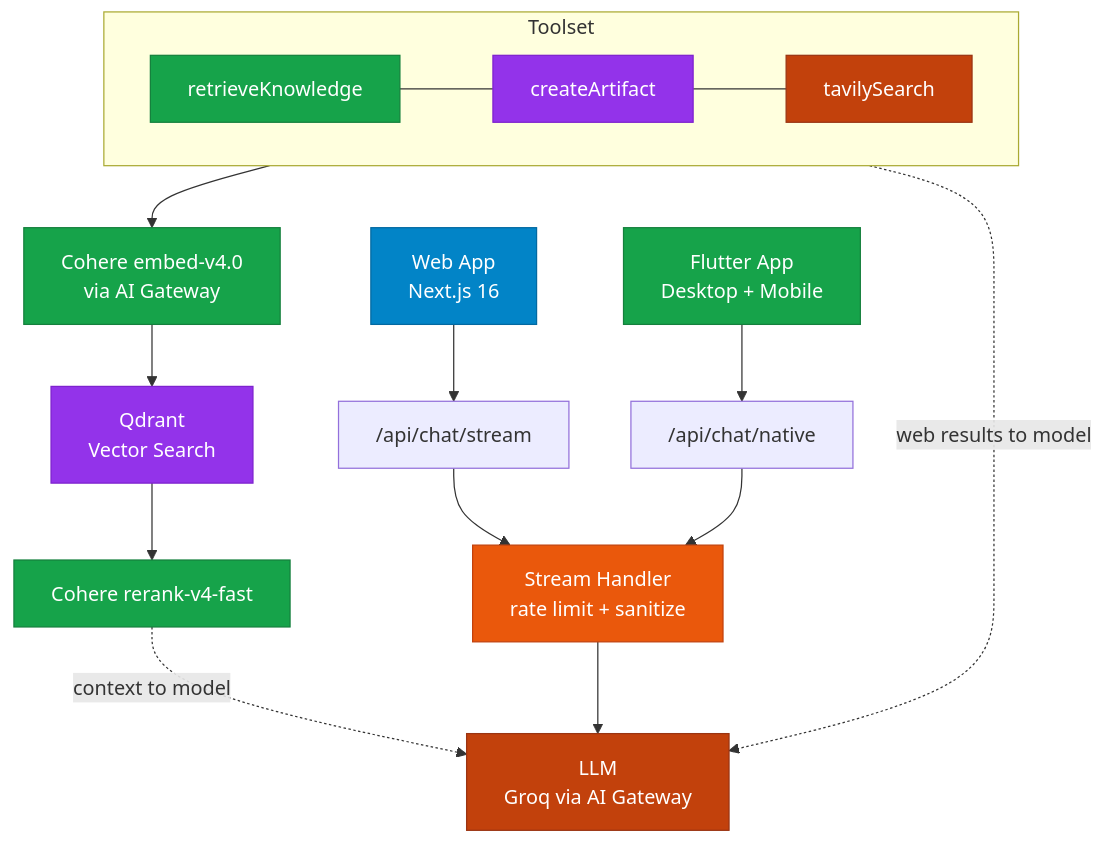
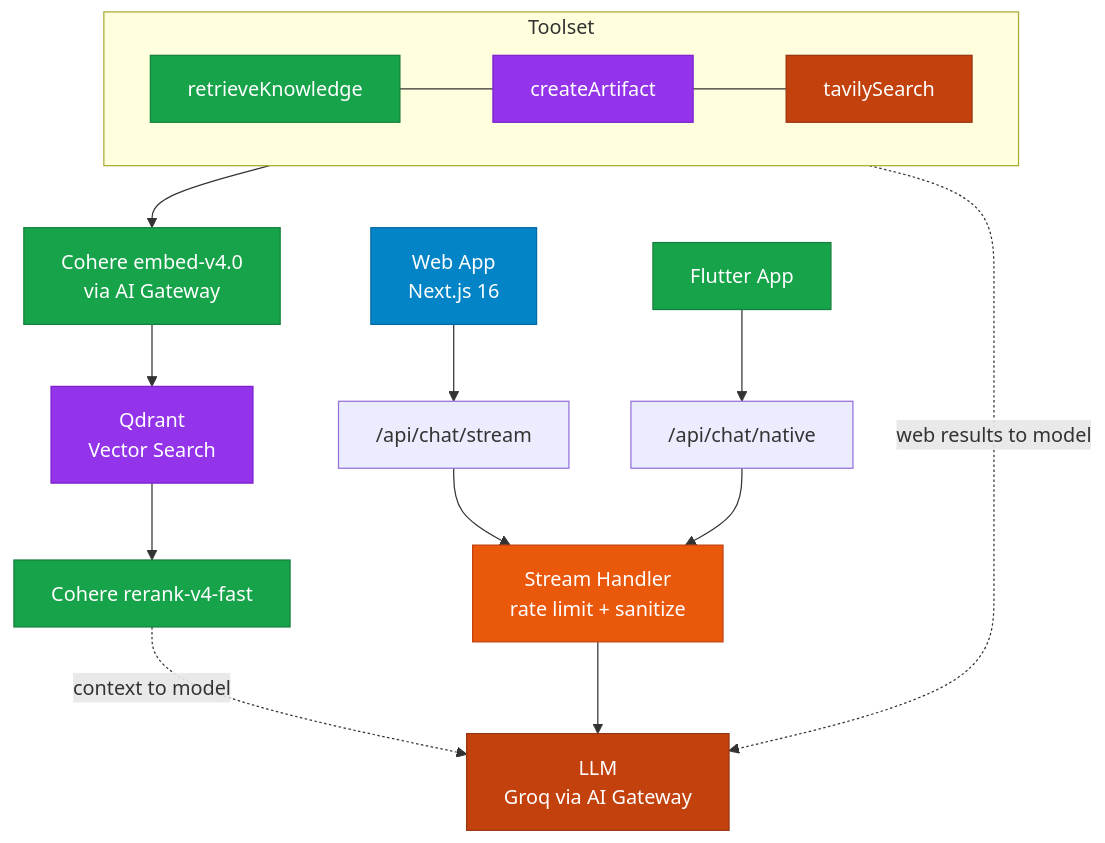
One commit to kabeer11000/otherdev.web-02 changed the diagram in README.md. Above: the diagram before and after it, drawn with Mermaid. The commit also changed other lines of this file, not shown here.

First line of the commit message:
docs: update README to reference Flutter app at external repo

````diff
--- a/README.md
+++ b/README.md
@@ -15,48 +15,48 @@
 ```mermaid
 graph TB
     %% ── Clients ──────────────────────────────────────────────────────────────
     Web[Web App<br/>Next.js 16]
-    Flutter[Flutter App<br/>Desktop + Mobile]
+    Flutter[Flutter App<br/><https://github.com/ossaidqadri/otherdev-flutter>]
 
     %% ── API Layer ─────────────────────────────────────────────────────────────
     APIStream["/api/chat/stream"]
     APINative["/api/chat/native"]
 
     %% ── Stream Handler ────────────────────────────────────────────────────────
     StreamHandler[Stream Handler<br/>rate limit + sanitize]
 
     %% ── LLM (toolChoice auto — decides at runtime) ───────────────────────────
     LLM[LLM<br/>Groq via AI Gateway]
 
     %% ── Toolset (model decides which to invoke) ───────────────────────────────
     subgraph "Toolset"
         direction LR
         TK[retrieveKnowledge] --- TA[createArtifact] --- TV[tavilySearch]
     end
 
     %% ── RAG Pipeline (inside retrieveKnowledge tool) ─────────────────────────
     TK --> Embed[Cohere embed-v4.0<br/>via AI Gateway]
     Embed --> Qdrant[Qdrant<br/>Vector Search]
     Qdrant --> Rerank[Cohere rerank-v4-fast]
     Rerank -.->|"context to model"| LLM
     TV -.->|"web results to model"| LLM
 
     %% ── Connections ────────────────────────────────────────────────────────────
     Web --> APIStream
     Flutter --> APINative
     APIStream --> StreamHandler
     APINative --> StreamHandler
     StreamHandler --> LLM
 
     %% ── Styles (accessible contrast on white bg) ─────────────────────────────
     style Web fill:#0284c7,stroke:#0369a1,color:#fff
-    style Flutter fill:#16a34a,stroke:#15803d,color:#fff
+    style Flutter fill:#16a34a,stroke:#15803d,color:#fff,href:https://github.com/ossaidqadri/otherdev-flutter
     style StreamHandler fill:#ea580c,stroke:#c2410c,color:#fff
     style LLM fill:#c2410c,stroke:#9a3412,color:#fff
     style TK fill:#16a34a,stroke:#15803d,color:#fff
     style TV fill:#c2410c,stroke:#9a3412,color:#fff
     style TA fill:#9333ea,stroke:#7e22ce,color:#fff
     style Embed fill:#16a34a,stroke:#15803d,color:#fff
     style Qdrant fill:#9333ea,stroke:#7e22ce,color:#fff
     style Rerank fill:#16a34a,stroke:#15803d,color:#fff
 ```
````
